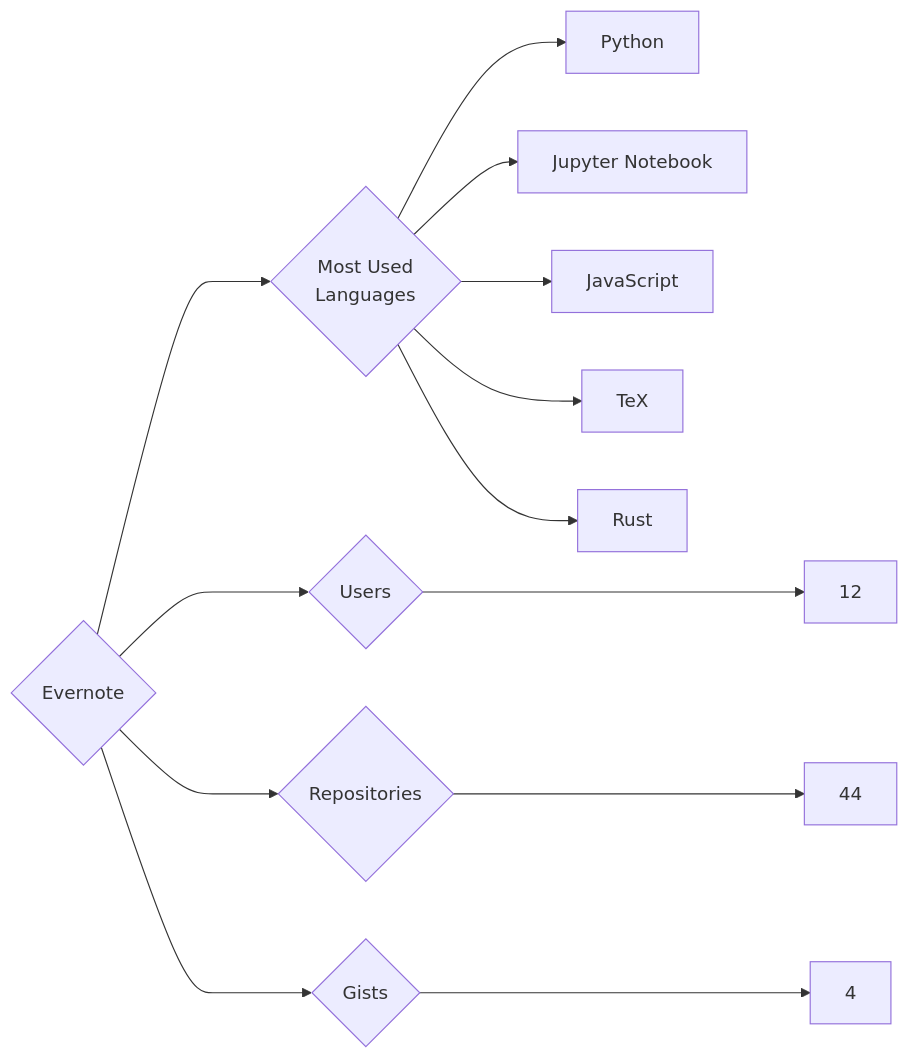
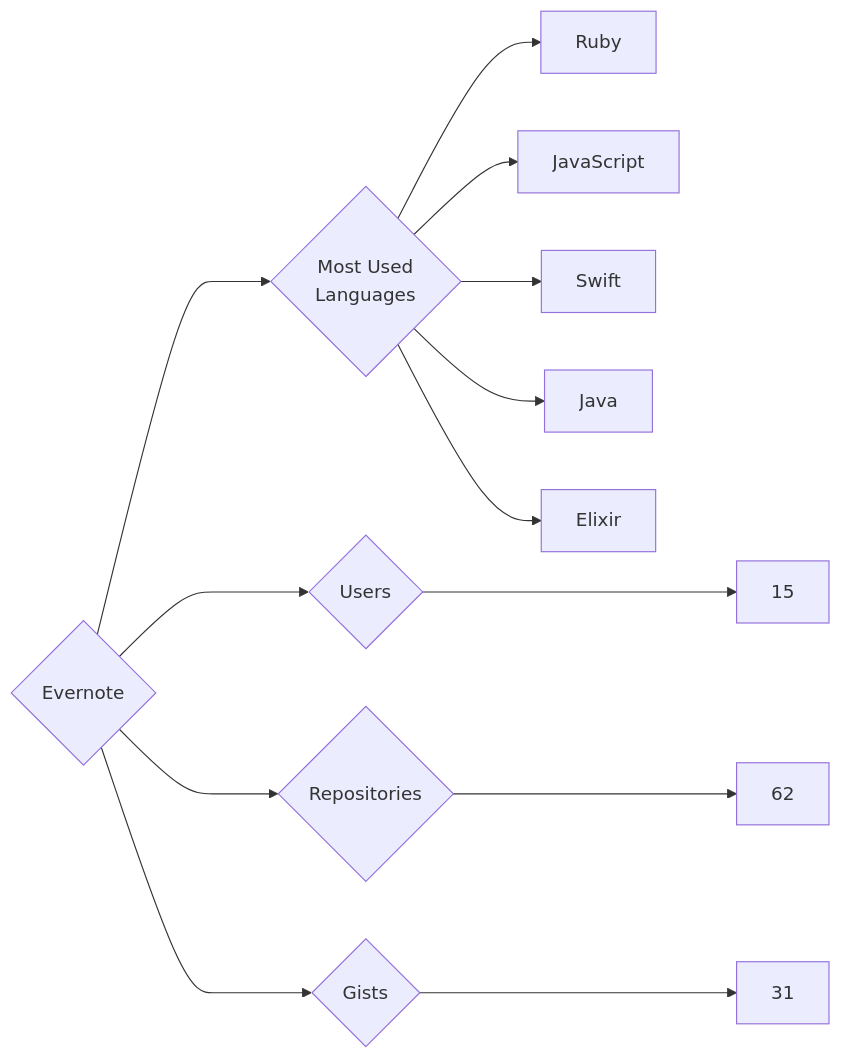
Before and after one commit to trickest/insiders: the diagram in targets/Evernote/README.md, drawn with Mermaid. The commit also changed 912 other files, not shown here.

````diff
--- a/targets/Evernote/README.md
+++ b/targets/Evernote/README.md
@@ -3,13 +3,13 @@
 ```mermaid
 graph LR
 COMPANY_NAME{Evernote}
-COMPANY_NAME ---> U{Users} ---> UN[12]
-COMPANY_NAME ---> R{Repositories} ---> RN[44]
-COMPANY_NAME ---> G{Gists} ---> GN[4]
+COMPANY_NAME ---> U{Users} ---> UN[15]
+COMPANY_NAME ---> R{Repositories} ---> RN[62]
+COMPANY_NAME ---> G{Gists} ---> GN[31]
 COMPANY_NAME ---> ML{Most Used<br>Languages}
-ML --> Python[Python]
-ML --> Jupyter_Notebook[Jupyter Notebook]
+ML --> Ruby[Ruby]
 ML --> JavaScript[JavaScript]
-ML --> TeX[TeX]
-ML --> Rust[Rust]
+ML --> Swift[Swift]
+ML --> Java[Java]
+ML --> Elixir[Elixir]
 ```
````
